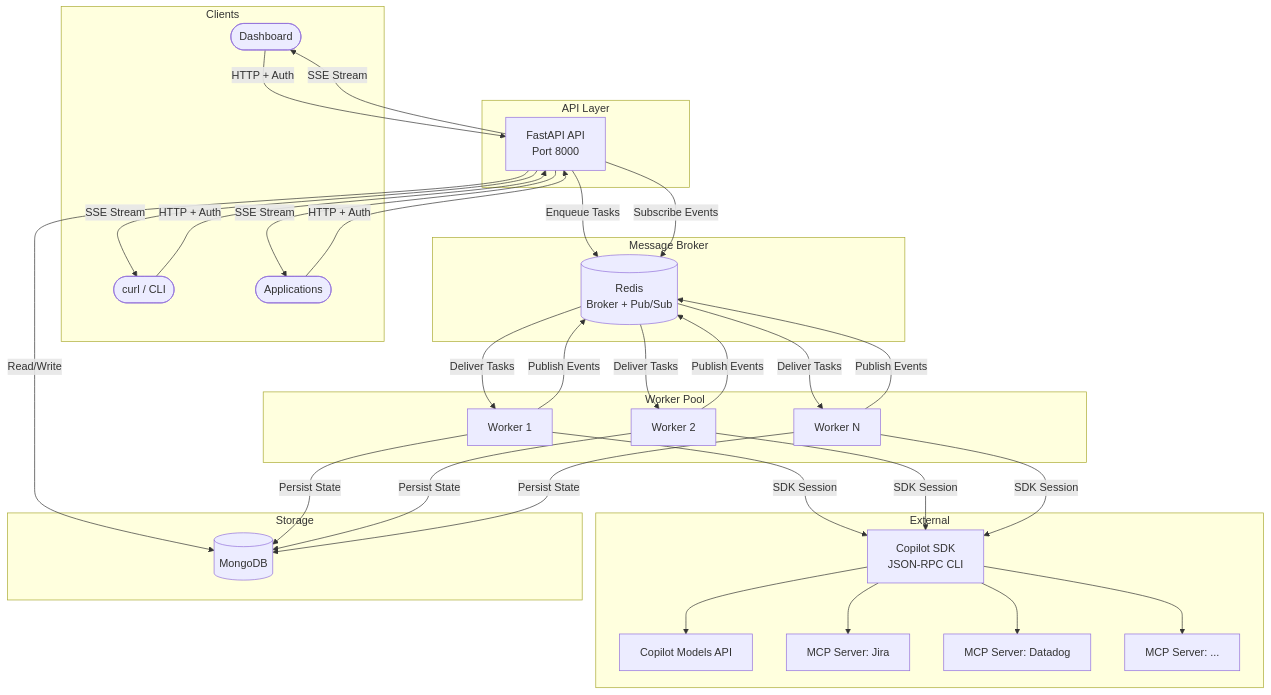
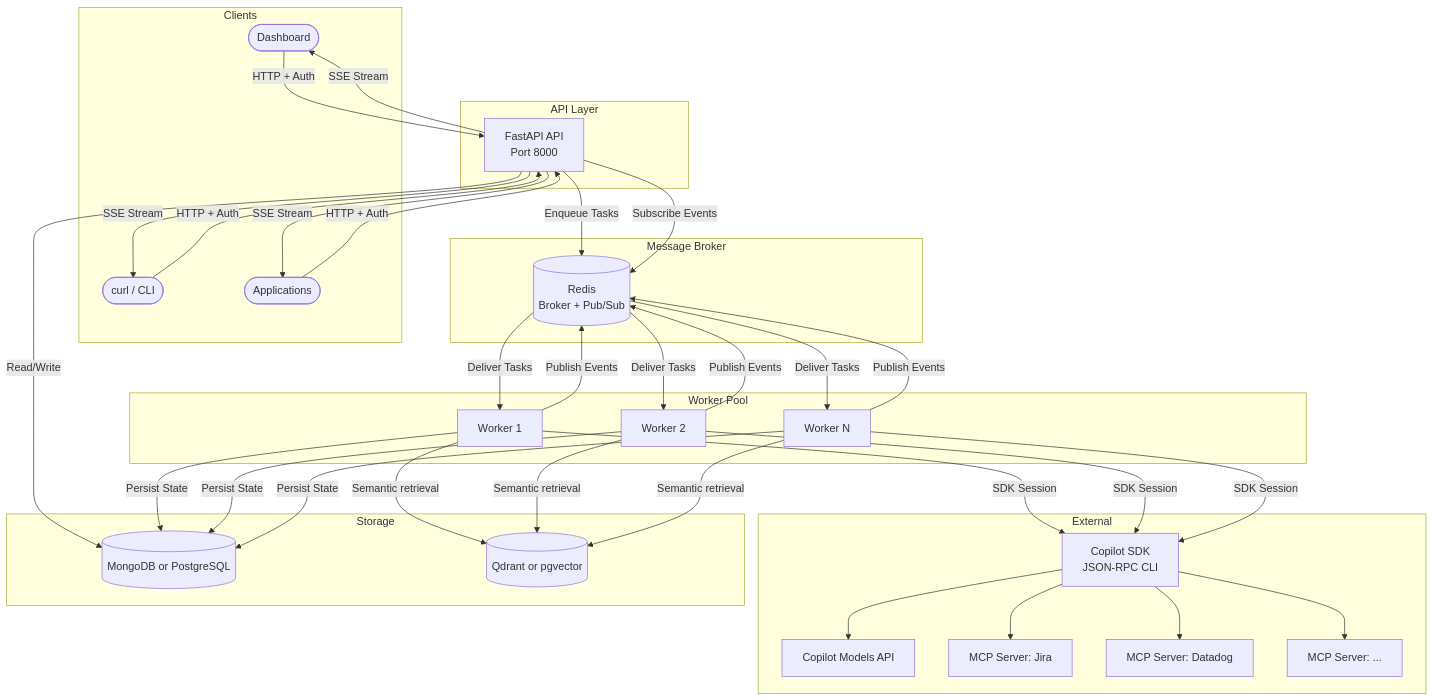
One commit to naaico-tech/tbd-agents changed the first of 2 diagrams in docs/architecture/system-overview.md. Above: the diagram before and after it, drawn with Mermaid. The commit also changed other lines of this file and 42 other files, not shown here.

````diff
--- a/docs/architecture/system-overview.md
+++ b/docs/architecture/system-overview.md
@@ -9,48 +9,50 @@
 ```mermaid
 graph TB
     subgraph Clients
         Dashboard([Dashboard])
         CLI([curl / CLI])
         Apps([Applications])
     end
 
     subgraph API Layer
         FastAPI[FastAPI API<br/>Port 8000]
     end
 
     subgraph Message Broker
         Redis[(Redis<br/>Broker + Pub/Sub)]
     end
 
     subgraph Worker Pool
         W1[Worker 1]
         W2[Worker 2]
         W3[Worker N]
     end
 
     subgraph External
         SDK[Copilot SDK<br/>JSON-RPC CLI]
         Models[Copilot Models API]
         MCP1[MCP Server: Jira]
         MCP2[MCP Server: Datadog]
         MCPN[MCP Server: ...]
     end
 
     subgraph Storage
-        Mongo[(MongoDB)]
+        Docs[(MongoDB or PostgreSQL)]
+        Vectors[(Qdrant or pgvector)]
     end
 
     Dashboard & CLI & Apps -->|HTTP + Auth| FastAPI
     FastAPI -->|Enqueue Tasks| Redis
     FastAPI -->|Subscribe Events| Redis
     FastAPI -->|SSE Stream| Dashboard & CLI & Apps
-    FastAPI -->|Read/Write| Mongo
+    FastAPI -->|Read/Write| Docs
 
     Redis -->|Deliver Tasks| W1 & W2 & W3
     W1 & W2 & W3 -->|Publish Events| Redis
-    W1 & W2 & W3 -->|Persist State| Mongo
+    W1 & W2 & W3 -->|Persist State| Docs
+    W1 & W2 & W3 -->|Semantic retrieval| Vectors
     W1 & W2 & W3 -->|SDK Session| SDK
 
     SDK --> Models
     SDK --> MCP1 & MCP2 & MCPN
 ```
````
